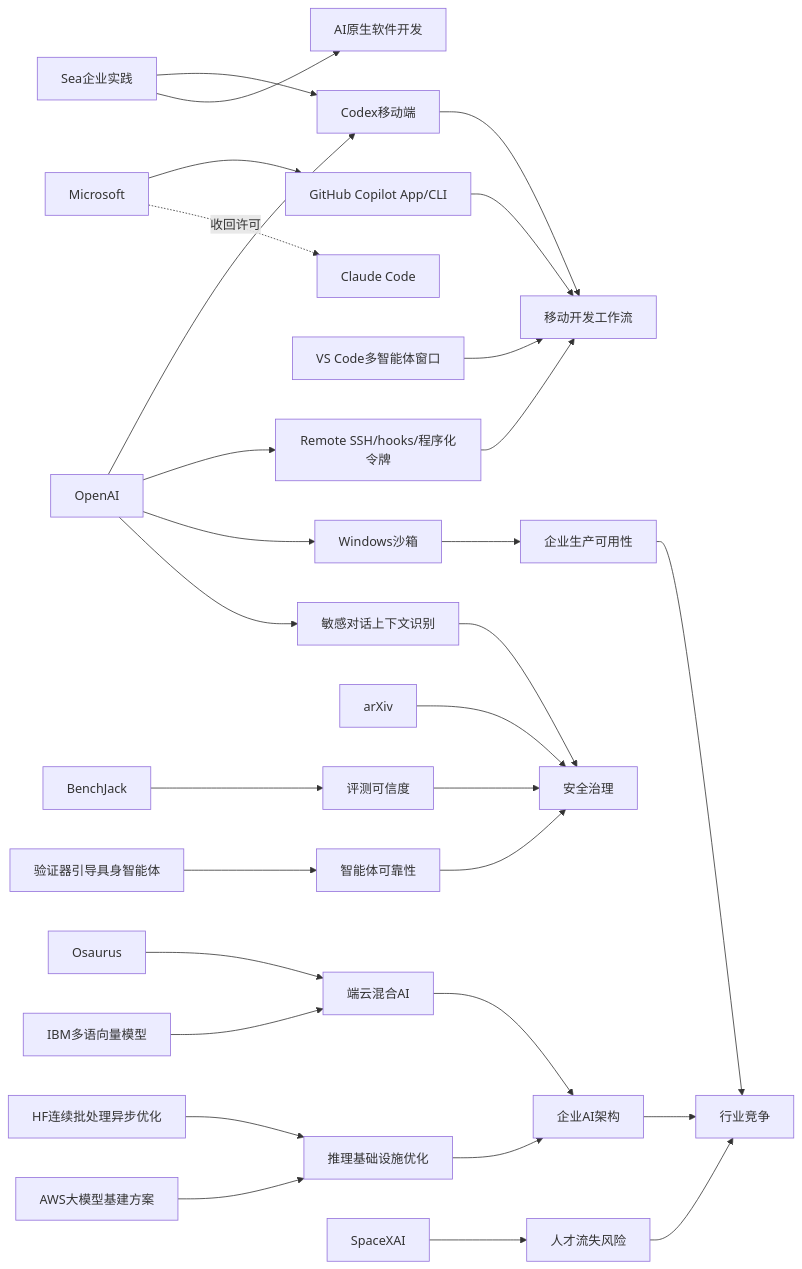
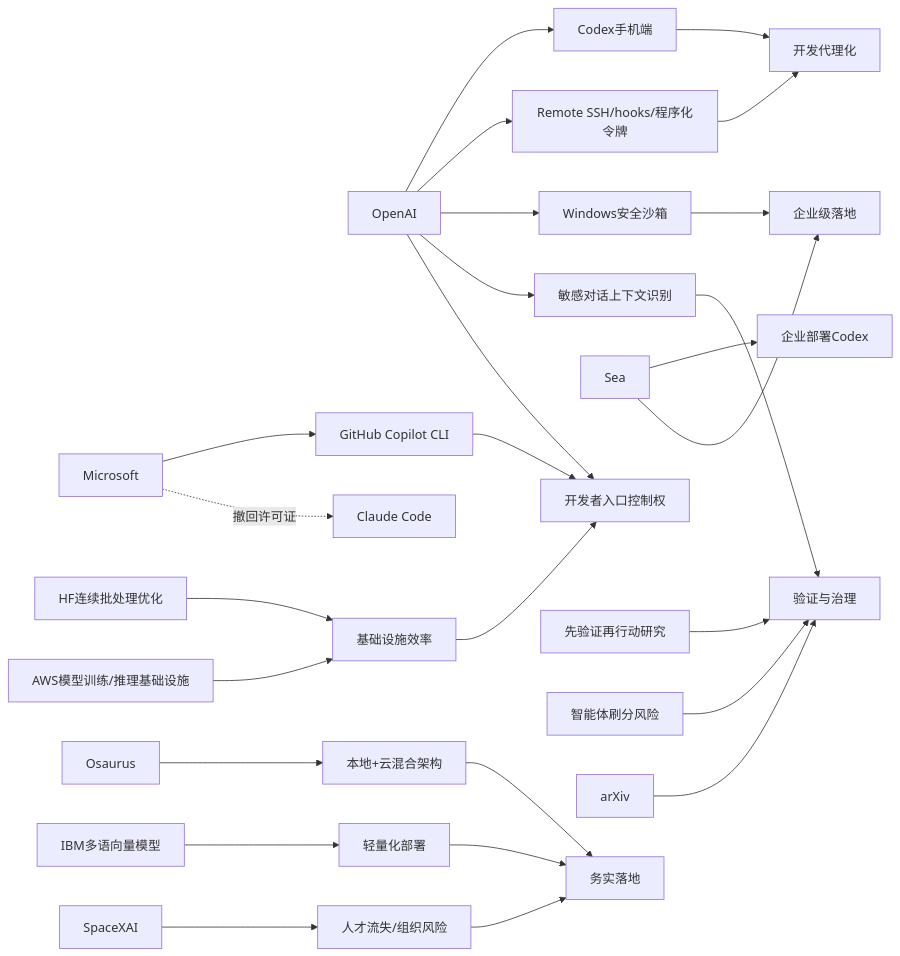
The diagram in content/cn/2026/2026-05/2026-05-15.md (zhuxinfei/ai-daily-site), drawn with Mermaid before and after one commit. The commit also changed other lines of this file, not shown here.

````diff
--- a/content/cn/2026/2026-05/2026-05-15.md
+++ b/content/cn/2026/2026-05/2026-05-15.md
@@ -110,39 +110,32 @@
 ```mermaid
 graph LR
-    OpenAI --> Codex_Mobile[Codex移动端]
-    OpenAI --> Codex_Remote[Remote SSH/hooks/程序化令牌]
-    OpenAI --> Codex_Sandbox[Windows沙箱]
-    Codex_Mobile --> DevWorkflow[移动开发工作流]
-    Codex_Remote --> DevWorkflow
-    Codex_Sandbox --> EnterpriseUse[企业生产可用性]
+    OpenAI --> CodexMobile[Codex手机端]
+    OpenAI --> CodexRemote[Remote SSH/hooks/程序化令牌]
+    OpenAI --> WinSandbox[Windows安全沙箱]
+    OpenAI --> SensitiveContext[敏感对话上下文识别]
+    Sea --> CodexAdoption[企业部署Codex]
+    CodexMobile --> AgentDev[开发代理化]
+    CodexRemote --> AgentDev
+    WinSandbox --> EnterpriseAdoption[企业级落地]
+    Sea --> EnterpriseAdoption
 
-    GitHubCopilot[GitHub Copilot App/CLI] --> DevWorkflow
-    VSCode[VS Code多智能体窗口] --> DevWorkflow
-    Microsoft --> GitHubCopilot
-    Microsoft -.收回许可.-> ClaudeCode[Claude Code]
+    Microsoft --> CopilotCLI[GitHub Copilot CLI]
+    Microsoft -.撤回许可证.-> ClaudeCode[Claude Code]
+    CopilotCLI --> DevToolControl[开发者入口控制权]
+    OpenAI --> DevToolControl
+    HFAsync[HF连续批处理优化] --> InfraEfficiency[基础设施效率]
+    AWSInfra[AWS模型训练/推理基础设施] --> InfraEfficiency
+    InfraEfficiency --> DevToolControl
 
-    Sea[Sea企业实践] --> Codex_Mobile
-    Sea --> AINativeDev[AI原生软件开发]
+    SensitiveContext --> Verification[验证与治理]
+    VerifierPaper[先验证再行动研究] --> Verification
+    BenchJack[智能体刷分风险] --> Verification
+    arXiv --> Verification
 
-    OpenAI --> SensitiveContext[敏感对话上下文识别]
-    SensitiveContext --> SafetyGov[安全治理]
-
-    arXiv --> SafetyGov
-    BenchJack --> EvalTrust[评测可信度]
-    EvalTrust --> SafetyGov
-
-    Osaurus --> HybridAI[端云混合AI]
-    IBM_Granite[IBM多语向量模型] --> HybridAI
-    HF_Batching[HF连续批处理异步优化] --> InfraOpt[推理基础设施优化]
-    AWS_Guide[AWS大模型基建方案] --> InfraOpt
-    HybridAI --> EnterpriseAI[企业AI架构]
-    InfraOpt --> EnterpriseAI
-
-    VerifierGuided[验证器引导具身智能体] --> AgentReliability[智能体可靠性]
-    AgentReliability --> SafetyGov
-
-    SpaceXAI --> TalentRisk[人才流失风险]
-    TalentRisk --> IndustryCompetition[行业竞争]
-    EnterpriseUse --> IndustryCompetition
-    EnterpriseAI --> IndustryCompetition
+    Osaurus --> HybridAI[本地+云混合架构]
+    IBMGranite[IBM多语向量模型] --> LightweightDeploy[轻量化部署]
+    HybridAI --> PracticalAI[务实落地]
+    LightweightDeploy --> PracticalAI
+    SpaceXAI --> TalentRisk[人才流失/组织风险]
+    TalentRisk --> PracticalAI
 ```
````
